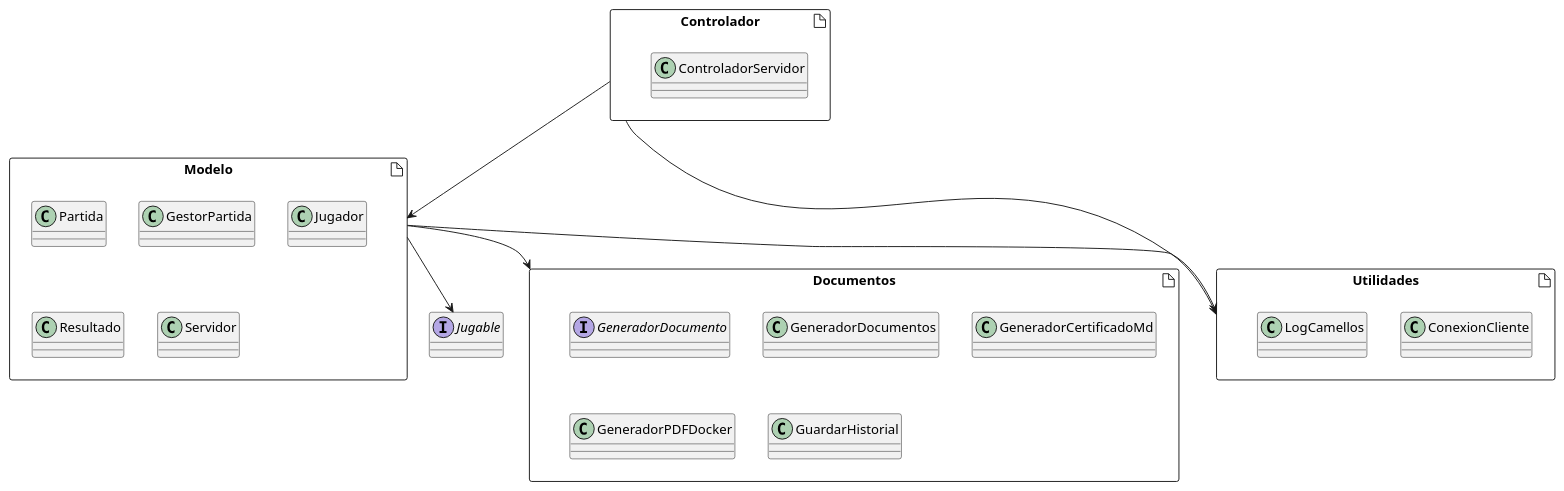
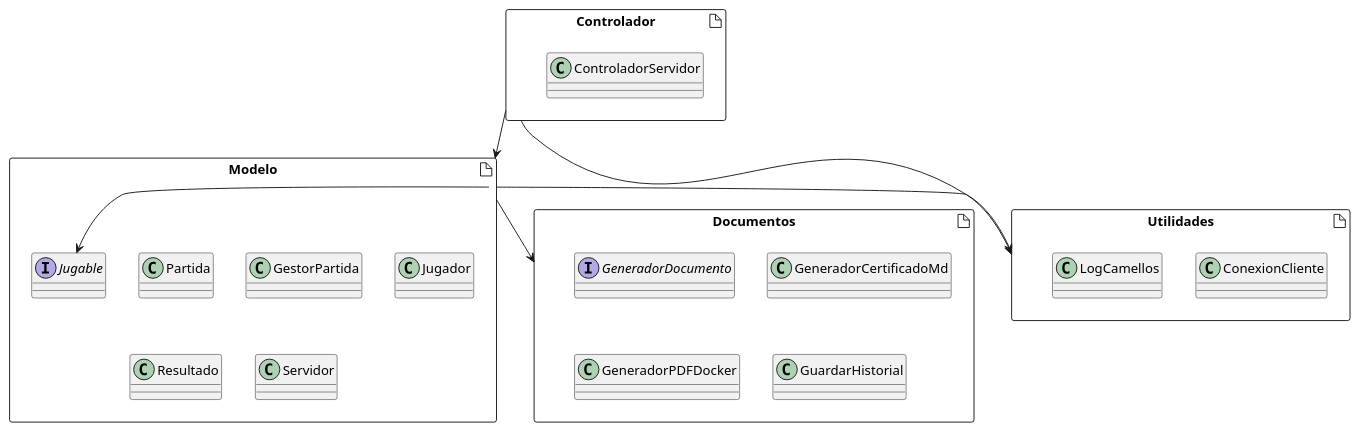
Before and after one commit to Saykek/AppCamellos: the diagram in carreracamellos/documentacion/disenio/diagrama.puml, drawn with PlantUML. The commit also changed 16 other files, not shown here.

```diff
--- a/carreracamellos/documentacion/disenio/diagrama.puml
+++ b/carreracamellos/documentacion/disenio/diagrama.puml
@@ -3,45 +3,45 @@
 @startuml
 skinparam componentStyle rectangle
 allowmixing
 
 
 
 
 ' Componentes
 artifact "Documentos" as Documentos {
     interface "GeneradorDocumento" as GeneradorDocumento
-    class GeneradorDocumentos
     class GeneradorCertificadoMd
     class GeneradorPDFDocker
     class GuardarHistorial
 }
 
 artifact "Modelo" as Modelo {
     class Partida
     class GestorPartida
     class Jugador
     class Resultado
     class Servidor
+    interface "Jugable" as Jugable
 
 }
 artifact "Utilidades" as utilidades {
     class ConexionCliente
     class LogCamellos
 }
 
 artifact "Controlador" as Controlador {
     class ControladorServidor
     
 }
-interface "Jugable" as Jugable
 
-' Relaciones de uso/implementación
+
+
 Modelo --> Jugable
 Modelo --> utilidades
 Modelo --> Documentos
 Controlador --> Modelo
 Controlador --> utilidades
 
 
 
 @enduml
```
